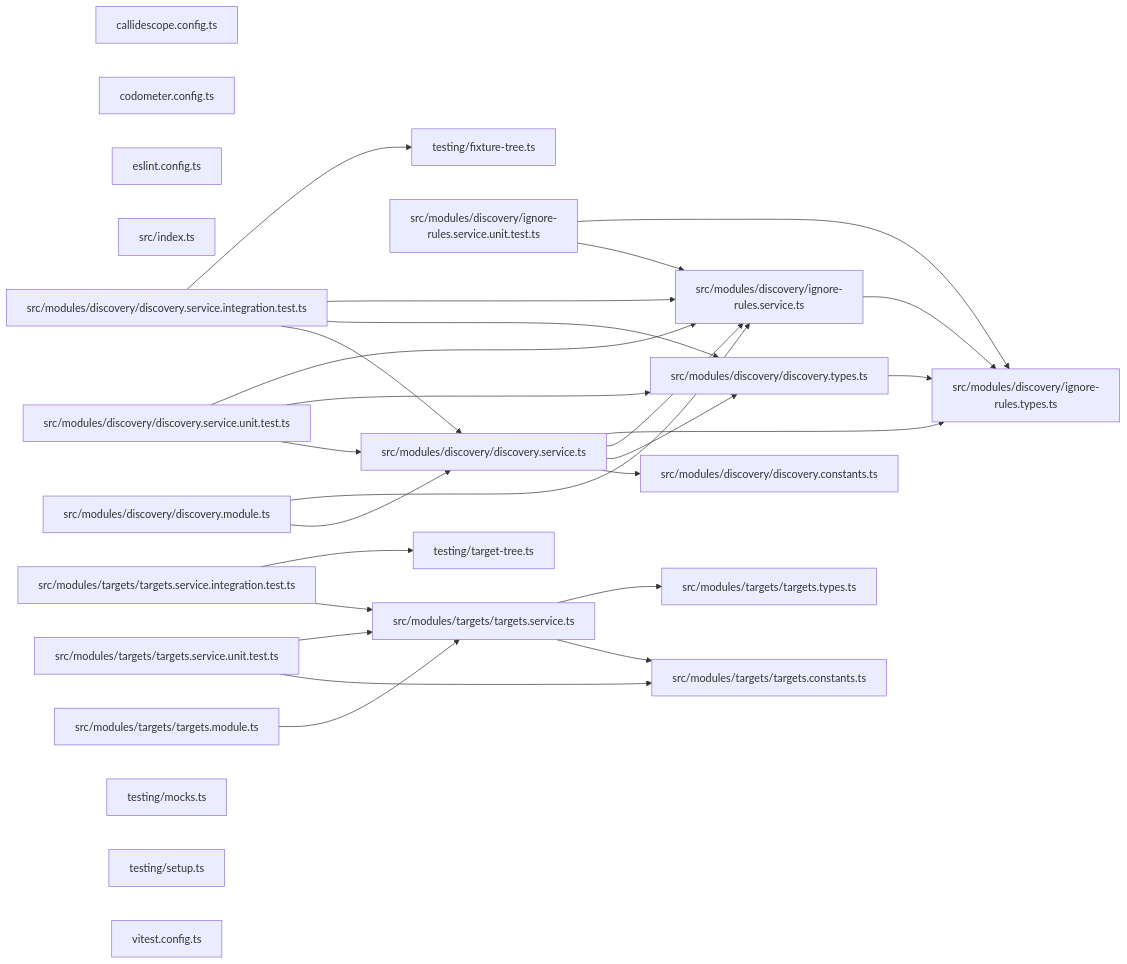
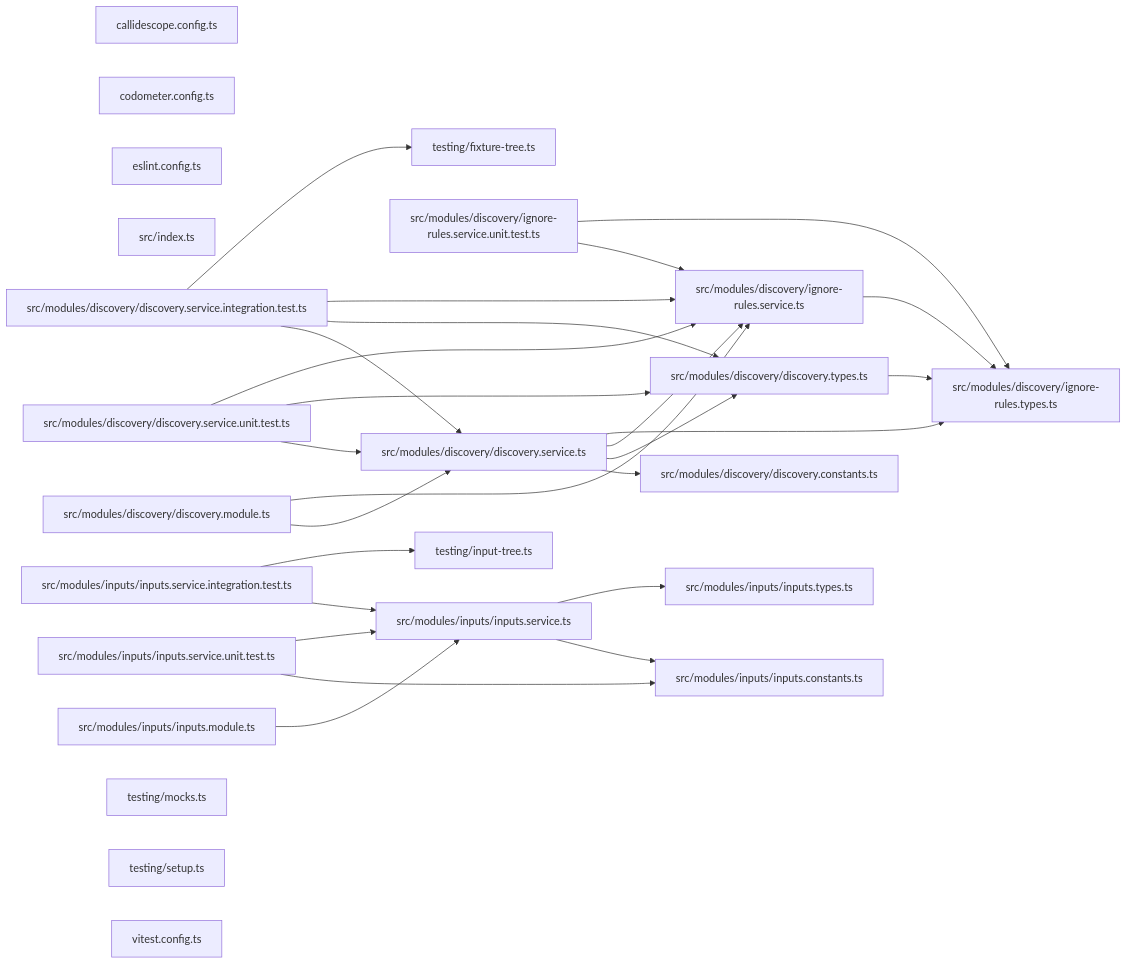
Before and after one commit to JimmyPaolini/codebase: the third of 3 diagrams in packages/codometer-discovery/README.md, drawn with Mermaid. The commit also changed other lines of this file and 47 other files, not shown here.

````diff
--- a/packages/codometer-discovery/README.md
+++ b/packages/codometer-discovery/README.md
@@ -117,51 +109,51 @@
 ```mermaid
 graph LR
   file_callidescope_config_ts["callidescope.config.ts"]
   file_codometer_config_ts["codometer.config.ts"]
   file_eslint_config_ts["eslint.config.ts"]
   file_src_index_ts["src/index.ts"]
   file_src_modules_discovery_discovery_constants_ts["src/modules/discovery/discovery.constants.ts"]
   file_src_modules_discovery_discovery_module_ts["src/modules/discovery/discovery.module.ts"]
   file_src_modules_discovery_discovery_service_integration_test_ts["src/modules/discovery/discovery.service.integration.test.ts"]
   file_src_modules_discovery_discovery_service_ts["src/modules/discovery/discovery.service.ts"]
   file_src_modules_discovery_discovery_service_unit_test_ts["src/modules/discovery/discovery.service.unit.test.ts"]
   file_src_modules_discovery_discovery_types_ts["src/modules/discovery/discovery.types.ts"]
   file_src_modules_discovery_ignore_rules_service_ts["src/modules/discovery/ignore-rules.service.ts"]
   file_src_modules_discovery_ignore_rules_service_unit_test_ts["src/modules/discovery/ignore-rules.service.unit.test.ts"]
   file_src_modules_discovery_ignore_rules_types_ts["src/modules/discovery/ignore-rules.types.ts"]
-  file_src_modules_targets_targets_constants_ts["src/modules/targets/targets.constants.ts"]
-  file_src_modules_targets_targets_module_ts["src/modules/targets/targets.module.ts"]
-  file_src_modules_targets_targets_service_integration_test_ts["src/modules/targets/targets.service.integration.test.ts"]
-  file_src_modules_targets_targets_service_ts["src/modules/targets/targets.service.ts"]
-  file_src_modules_targets_targets_service_unit_test_ts["src/modules/targets/targets.service.unit.test.ts"]
-  file_src_modules_targets_targets_types_ts["src/modules/targets/targets.types.ts"]
+  file_src_modules_inputs_inputs_constants_ts["src/modules/inputs/inputs.constants.ts"]
+  file_src_modules_inputs_inputs_module_ts["src/modules/inputs/inputs.module.ts"]
+  file_src_modules_inputs_inputs_service_integration_test_ts["src/modules/inputs/inputs.service.integration.test.ts"]
+  file_src_modules_inputs_inputs_service_ts["src/modules/inputs/inputs.service.ts"]
+  file_src_modules_inputs_inputs_service_unit_test_ts["src/modules/inputs/inputs.service.unit.test.ts"]
+  file_src_modules_inputs_inputs_types_ts["src/modules/inputs/inputs.types.ts"]
   file_testing_fixture_tree_ts["testing/fixture-tree.ts"]
+  file_testing_input_tree_ts["testing/input-tree.ts"]
   file_testing_mocks_ts["testing/mocks.ts"]
   file_testing_setup_ts["testing/setup.ts"]
-  file_testing_target_tree_ts["testing/target-tree.ts"]
   file_vitest_config_ts["vitest.config.ts"]
   file_src_modules_discovery_discovery_module_ts --> file_src_modules_discovery_discovery_service_ts
   file_src_modules_discovery_discovery_module_ts --> file_src_modules_discovery_ignore_rules_service_ts
   file_src_modules_discovery_discovery_service_integration_test_ts --> file_src_modules_discovery_discovery_service_ts
   file_src_modules_discovery_discovery_service_integration_test_ts --> file_src_modules_discovery_discovery_types_ts
   file_src_modules_discovery_discovery_service_integration_test_ts --> file_src_modules_discovery_ignore_rules_service_ts
   file_src_modules_discovery_discovery_service_integration_test_ts --> file_testing_fixture_tree_ts
   file_src_modules_discovery_discovery_service_ts --> file_src_modules_discovery_discovery_constants_ts
   file_src_modules_discovery_discovery_service_ts --> file_src_modules_discovery_discovery_types_ts
   file_src_modules_discovery_discovery_service_ts --> file_src_modules_discovery_ignore_rules_service_ts
   file_src_modules_discovery_discovery_service_ts --> file_src_modules_discovery_ignore_rules_types_ts
   file_src_modules_discovery_discovery_service_unit_test_ts --> file_src_modules_discovery_discovery_service_ts
   file_src_modules_discovery_discovery_service_unit_test_ts --> file_src_modules_discovery_discovery_types_ts
   file_src_modules_discovery_discovery_service_unit_test_ts --> file_src_modules_discovery_ignore_rules_service_ts
   file_src_modules_discovery_discovery_types_ts --> file_src_modules_discovery_ignore_rules_types_ts
   file_src_modules_discovery_ignore_rules_service_ts --> file_src_modules_discovery_ignore_rules_types_ts
   file_src_modules_discovery_ignore_rules_service_unit_test_ts --> file_src_modules_discovery_ignore_rules_service_ts
   file_src_modules_discovery_ignore_rules_service_unit_test_ts --> file_src_modules_discovery_ignore_rules_types_ts
-  file_src_modules_targets_targets_module_ts --> file_src_modules_targets_targets_service_ts
-  file_src_modules_targets_targets_service_integration_test_ts --> file_src_modules_targets_targets_service_ts
-  file_src_modules_targets_targets_service_integration_test_ts --> file_testing_target_tree_ts
-  file_src_modules_targets_targets_service_ts --> file_src_modules_targets_targets_constants_ts
-  file_src_modules_targets_targets_service_ts --> file_src_modules_targets_targets_types_ts
-  file_src_modules_targets_targets_service_unit_test_ts --> file_src_modules_targets_targets_constants_ts
-  file_src_modules_targets_targets_service_unit_test_ts --> file_src_modules_targets_targets_service_ts
+  file_src_modules_inputs_inputs_module_ts --> file_src_modules_inputs_inputs_service_ts
+  file_src_modules_inputs_inputs_service_integration_test_ts --> file_src_modules_inputs_inputs_service_ts
+  file_src_modules_inputs_inputs_service_integration_test_ts --> file_testing_input_tree_ts
+  file_src_modules_inputs_inputs_service_ts --> file_src_modules_inputs_inputs_constants_ts
+  file_src_modules_inputs_inputs_service_ts --> file_src_modules_inputs_inputs_types_ts
+  file_src_modules_inputs_inputs_service_unit_test_ts --> file_src_modules_inputs_inputs_constants_ts
+  file_src_modules_inputs_inputs_service_unit_test_ts --> file_src_modules_inputs_inputs_service_ts
 ```
````
